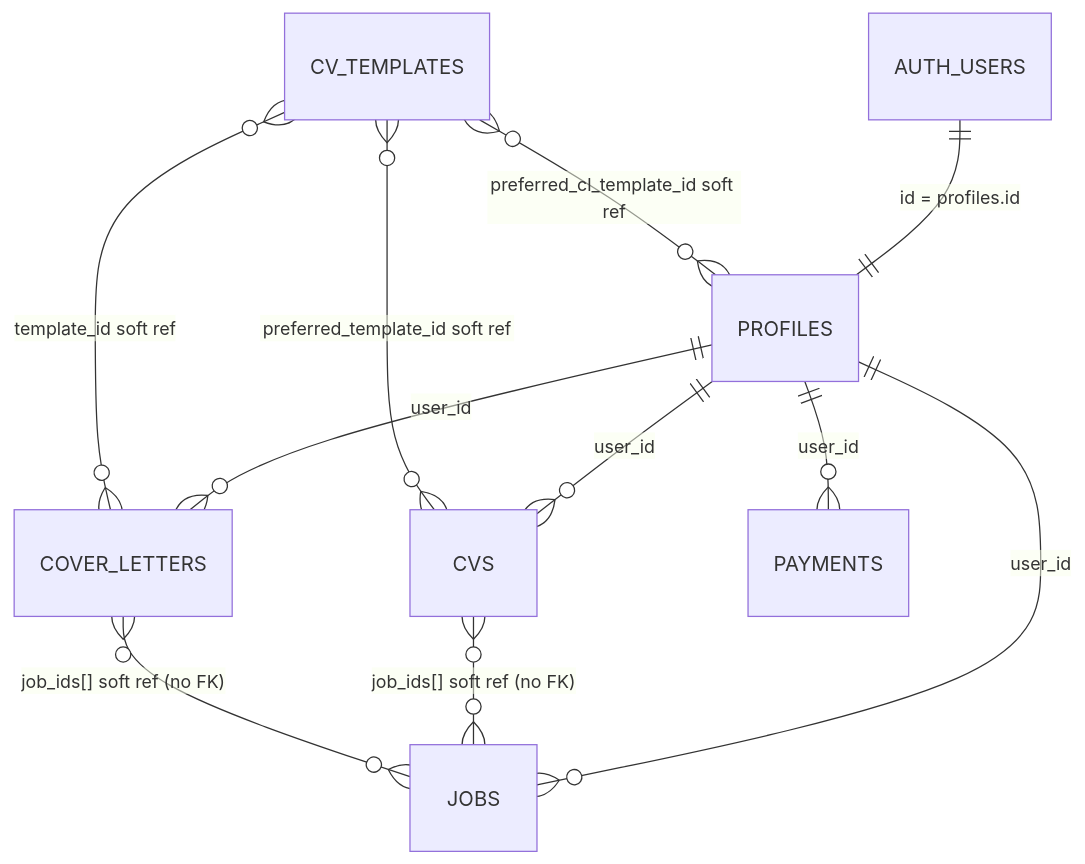
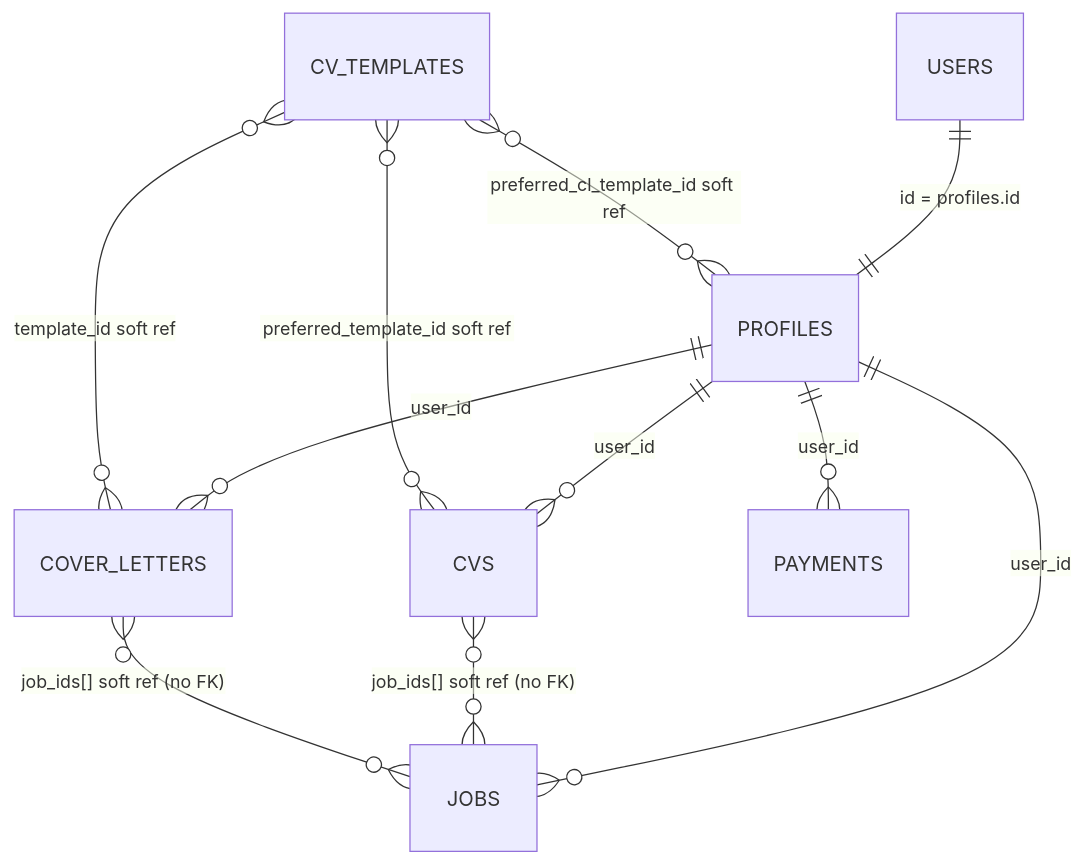
Before and after one commit to oviebd/CareerPulse_WEB_Automate_CV_Cover_Letter: the diagram in Documents/database-schema.md, drawn with Mermaid. The commit also changed other lines of this file and 46 other files, not shown here.

````diff
--- a/Documents/database-schema.md
+++ b/Documents/database-schema.md
@@ -29,13 +30,13 @@
 ```mermaid
 erDiagram
-  AUTH_USERS ||--|| PROFILES : "id = profiles.id"
+  USERS ||--|| PROFILES : "id = profiles.id"
   PROFILES ||--o{ CVS : "user_id"
   PROFILES ||--o{ JOBS : "user_id"
   PROFILES ||--o{ COVER_LETTERS : "user_id"
   PROFILES ||--o{ PAYMENTS : "user_id"
   CVS }o--o{ JOBS : "job_ids[] soft ref (no FK)"
   COVER_LETTERS }o--o{ JOBS : "job_ids[] soft ref (no FK)"
   CV_TEMPLATES }o--o{ CVS : "preferred_template_id soft ref"
   CV_TEMPLATES }o--o{ COVER_LETTERS : "template_id soft ref"
   CV_TEMPLATES }o--o{ PROFILES : "preferred_cl_template_id soft ref"
 ```
````
